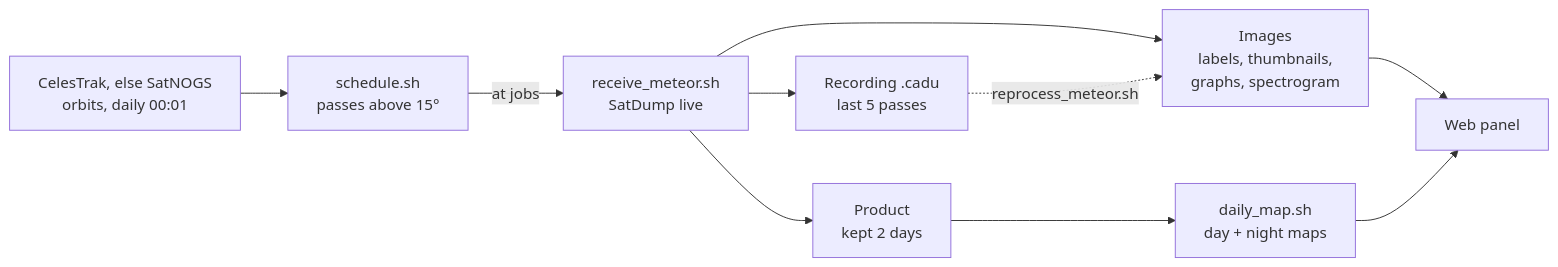
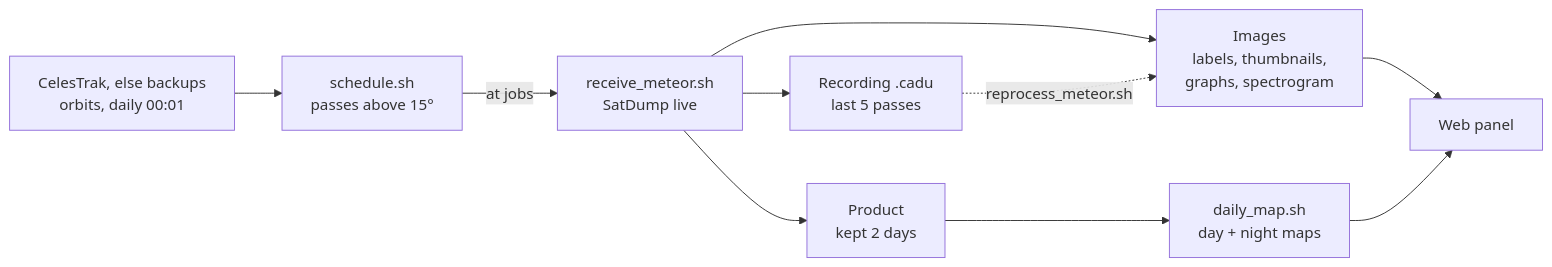
Before and after one commit to holifo/raspberry-lrpt: the first of 3 diagrams in docs/USER_GUIDE.md, drawn with Mermaid. The commit also changed other lines of this file and 8 other files, not shown here.

````diff
--- a/docs/USER_GUIDE.md
+++ b/docs/USER_GUIDE.md
@@ -26,12 +26,12 @@
 ```mermaid
 flowchart LR
-    A[CelesTrak, else SatNOGS<br/>orbits, daily 00:01] --> B[schedule.sh<br/>passes above 15°]
+    A[CelesTrak, else backups<br/>orbits, daily 00:01] --> B[schedule.sh<br/>passes above 15°]
     B -->|at jobs| C[receive_meteor.sh<br/>SatDump live]
     C --> D[Images<br/>labels, thumbnails,<br/>graphs, spectrogram]
     C --> E[Recording .cadu<br/>last 5 passes]
     C --> F[Product<br/>kept 2 days]
     D --> W[Web panel]
     F --> M[daily_map.sh<br/>day + night maps]
     M --> W
     E -.->|reprocess_meteor.sh| D
 ```
````
